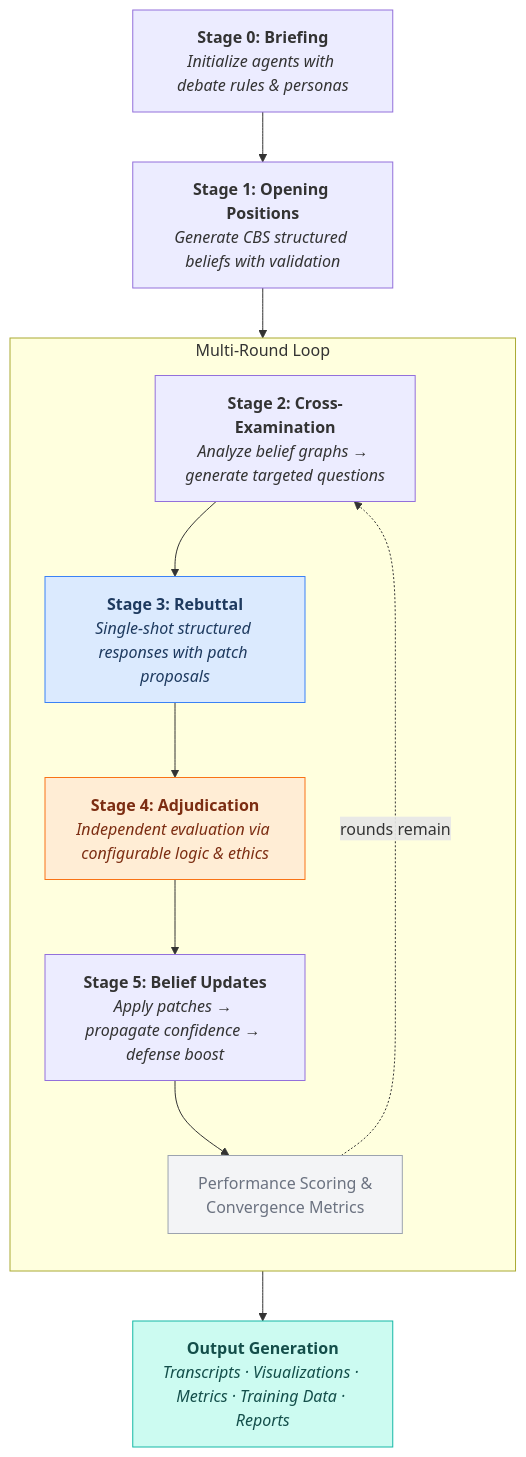
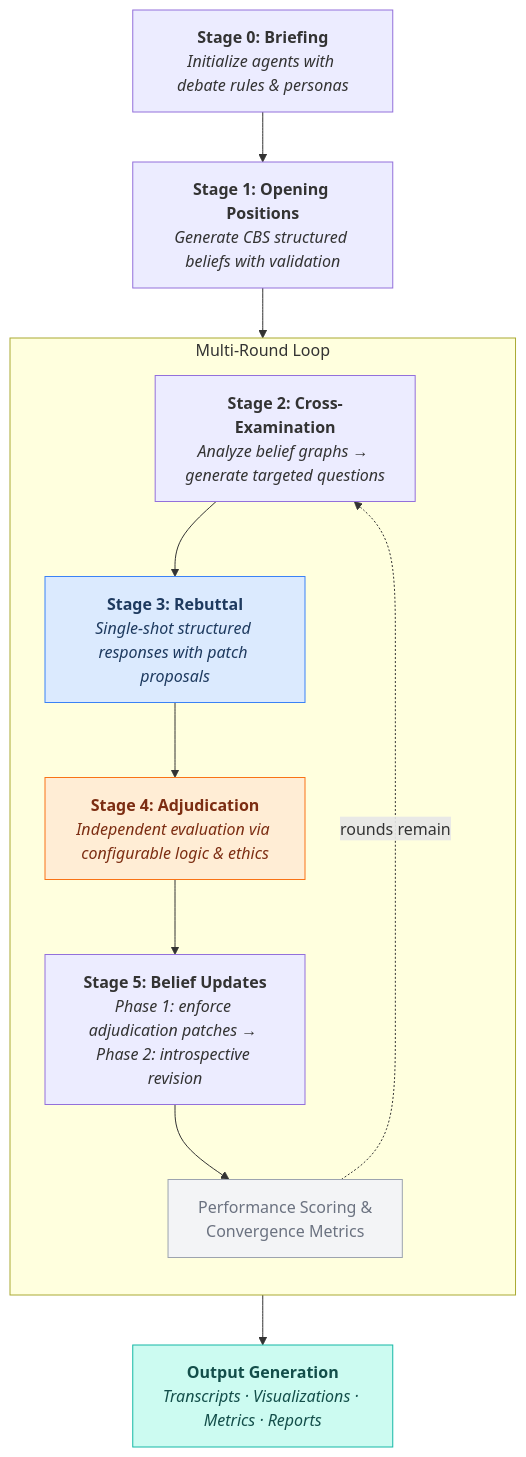
One commit to GdKent/CHAL changed the diagram in README.md. Above: the diagram before and after it, drawn with Mermaid. The commit also changed other lines of this file and 33 other files, not shown here.

````diff
--- a/README.md
+++ b/README.md
@@ -171,30 +37,30 @@
 ```mermaid
 flowchart TD
     S0["<b>Stage 0: Briefing</b><br/><i>Initialize agents with debate rules & personas</i>"]
     S1["<b>Stage 1: Opening Positions</b><br/><i>Generate CBS structured beliefs with validation</i>"]
 
     S0 --> S1
     S1 --> LOOP
 
     subgraph LOOP ["Multi-Round Loop"]
         direction TB
         S2["<b>Stage 2: Cross-Examination</b><br/><i>Analyze belief graphs → generate targeted questions</i>"]
 
         S2 --> S3["<b>Stage 3: Rebuttal</b><br/><i>Single-shot structured responses with patch proposals</i>"]
 
         S3 --> S4["<b>Stage 4: Adjudication</b><br/><i>Independent evaluation via configurable logic & ethics</i>"]
 
-        S4 --> S5["<b>Stage 5: Belief Updates</b><br/><i>Apply patches → propagate confidence → defense boost</i>"]
+        S4 --> S5["<b>Stage 5: Belief Updates</b><br/><i>Phase 1: enforce adjudication patches → Phase 2: introspective revision</i>"]
 
         S5 --> METRICS["Performance Scoring &<br/>Convergence Metrics"]
 
         METRICS -.->|"rounds remain"| S2
     end
 
-    LOOP --> OUT["<b>Output Generation</b><br/><i>Transcripts · Visualizations · Metrics · Training Data · Reports</i>"]
+    LOOP --> OUT["<b>Output Generation</b><br/><i>Transcripts · Visualizations · Metrics · Reports</i>"]
 
     style S3 fill:#dbeafe,stroke:#3b82f6,color:#1e3a5f
     style S4 fill:#ffedd5,stroke:#f97316,color:#7c2d12
     style METRICS fill:#f3f4f6,stroke:#9ca3af,color:#6b7280
     style OUT fill:#ccfbf1,stroke:#14b8a6,color:#134e4a
 ```
````
